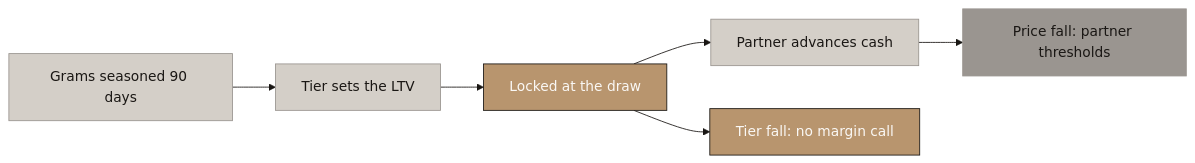
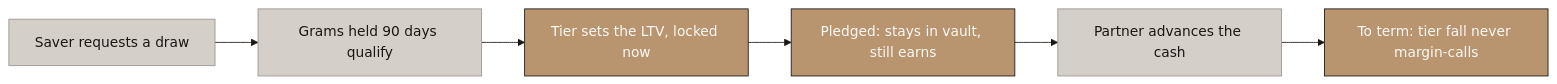
The fourth of 7 diagrams in deliverables/2-mechanism-design/Aurumix_Process_Maps_ICS_Benefits.md (Abdsys/Aurumix), drawn with Mermaid before and after one commit. The commit also changed other lines of this file, not shown here.

Commit message:
Rework maps 2 and 3 as start-to-finish processes
Map 2 now walks the draw: request, 90-day qualification, LTV locked,
pledge stays in vault and still earns, partner advances, runs to term.
The price-fall warning moves to a callout. Map 3 becomes one linear
flow: unlock, tier sets perks, statement cycle, sticky plastic, weekly
payoff. One map should explain the whole benefit to the client.

````diff
--- a/deliverables/2-mechanism-design/Aurumix_Process_Maps_ICS_Benefits.md
+++ b/deliverables/2-mechanism-design/Aurumix_Process_Maps_ICS_Benefits.md
@@ -160,27 +160,27 @@
 ```mermaid
 %%{init: {'theme': 'base', 'themeVariables': {
     'primaryColor': '#B8956E',
     'primaryTextColor': '#1A1714',
     'primaryBorderColor': '#1A1714',
     'lineColor': '#1A1714',
     'secondaryColor': '#FAF8F5',
     'tertiaryColor': '#D4CFC8',
     'fontFamily': 'Libre Franklin, sans-serif',
     'edgeLabelBackground': '#D4CFC8',
     'clusterBkg': '#FAF8F5',
     'clusterBorder': '#B8956E'
 }}}%%
 graph LR
-    A["Grams seasoned 90 days"] --> B["Tier sets the LTV"]
-    B --> C["Locked at the draw"]
-    C --> D["Partner advances cash"]
-    C --> E["Tier fall: no margin call"]
-    D --> F["Price fall: partner thresholds"]
+    A["Saver requests a draw"] --> B["Grams held 90 days qualify"]
+    B --> C["Tier sets the LTV, locked now"]
+    C --> D["Pledged: stays in vault, still earns"]
+    D --> E["Partner advances the cash"]
+    E --> F["To term: tier fall never margin-calls"]
 
     style A fill:#D4CFC8,stroke:#9A9590,color:#1A1714
     style B fill:#D4CFC8,stroke:#9A9590,color:#1A1714
     style C fill:#B8956E,stroke:#1A1714,color:#FAF8F5
-    style D fill:#D4CFC8,stroke:#9A9590,color:#1A1714
-    style E fill:#B8956E,stroke:#1A1714,color:#FAF8F5
-    style F fill:#9A9590,stroke:#9A9590,color:#1A1714
+    style D fill:#B8956E,stroke:#1A1714,color:#FAF8F5
+    style E fill:#D4CFC8,stroke:#9A9590,color:#1A1714
+    style F fill:#B8956E,stroke:#1A1714,color:#FAF8F5
 ```
````
